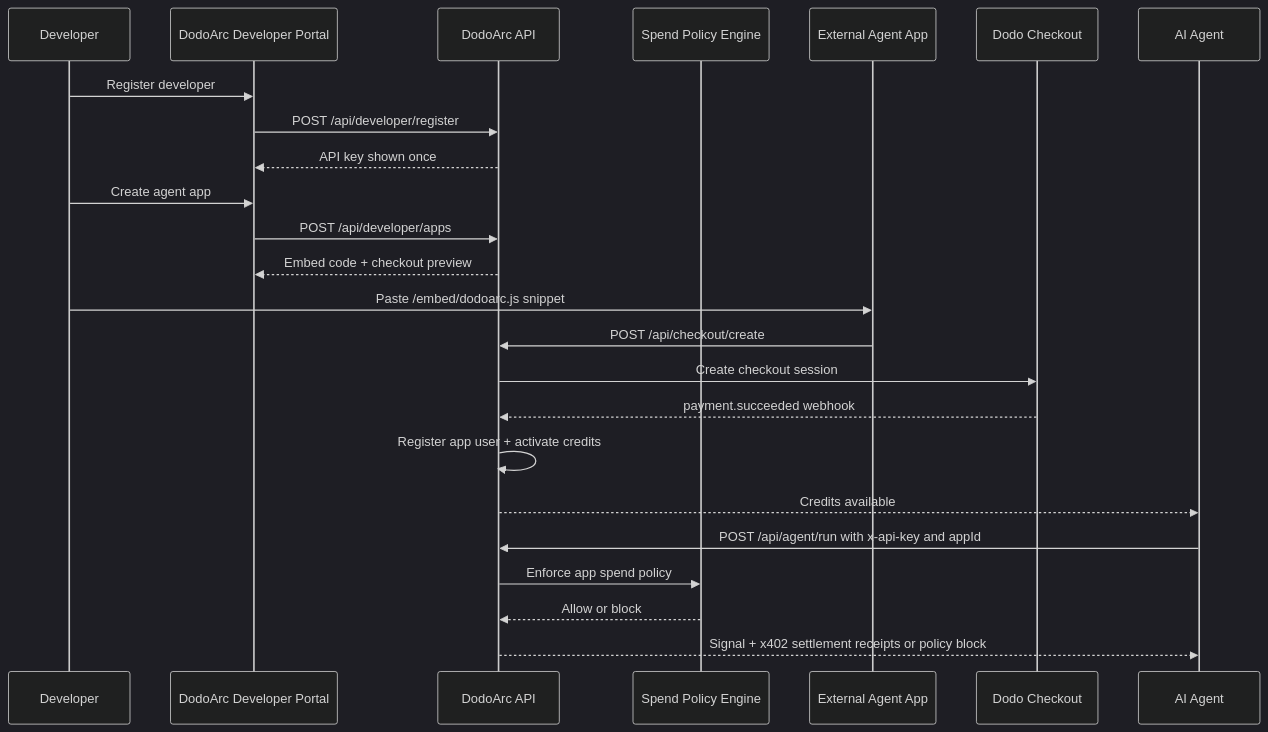
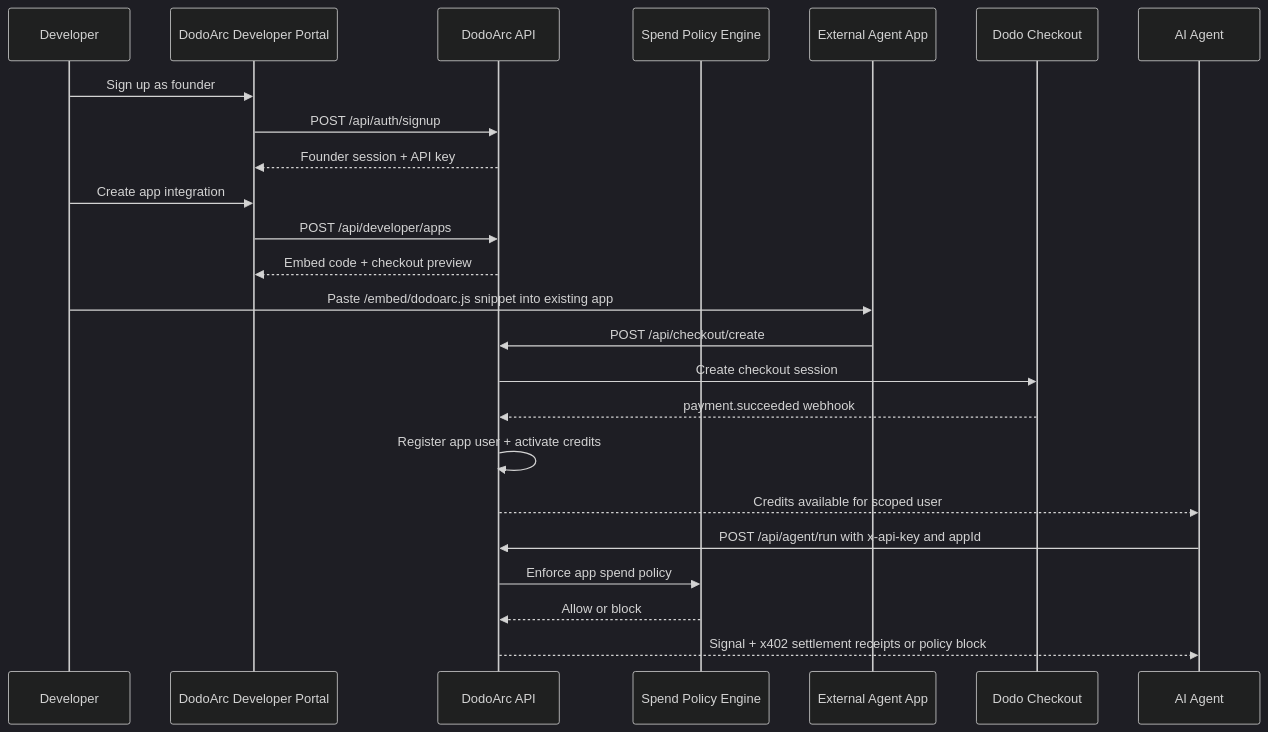
One commit to ShivamSoni20/DodoArc changed the third of 5 diagrams in README.md. Above: the diagram before and after it, drawn with Mermaid (dark theme). The commit also changed other lines of this file and 27 other files, not shown here.

Commit message:
Polish auth flow and demo docs

````diff
--- a/README.md
+++ b/README.md
@@ -189,27 +192,27 @@
 ```mermaid
 sequenceDiagram
     participant Dev as Developer
     participant Portal as DodoArc Developer Portal
     participant API as DodoArc API
     participant Policy as Spend Policy Engine
     participant Site as External Agent App
     participant Dodo as Dodo Checkout
     participant Agent as AI Agent
 
-    Dev->>Portal: Register developer
-    Portal->>API: POST /api/developer/register
-    API-->>Portal: API key shown once
-    Dev->>Portal: Create agent app
+    Dev->>Portal: Sign up as founder
+    Portal->>API: POST /api/auth/signup
+    API-->>Portal: Founder session + API key
+    Dev->>Portal: Create app integration
     Portal->>API: POST /api/developer/apps
     API-->>Portal: Embed code + checkout preview
-    Dev->>Site: Paste /embed/dodoarc.js snippet
+    Dev->>Site: Paste /embed/dodoarc.js snippet into existing app
     Site->>API: POST /api/checkout/create
     API->>Dodo: Create checkout session
     Dodo-->>API: payment.succeeded webhook
     API->>API: Register app user + activate credits
-    API-->>Agent: Credits available
+    API-->>Agent: Credits available for scoped user
     Agent->>API: POST /api/agent/run with x-api-key and appId
     API->>Policy: Enforce app spend policy
     Policy-->>API: Allow or block
     API-->>Agent: Signal + x402 settlement receipts or policy block
 ```
````
